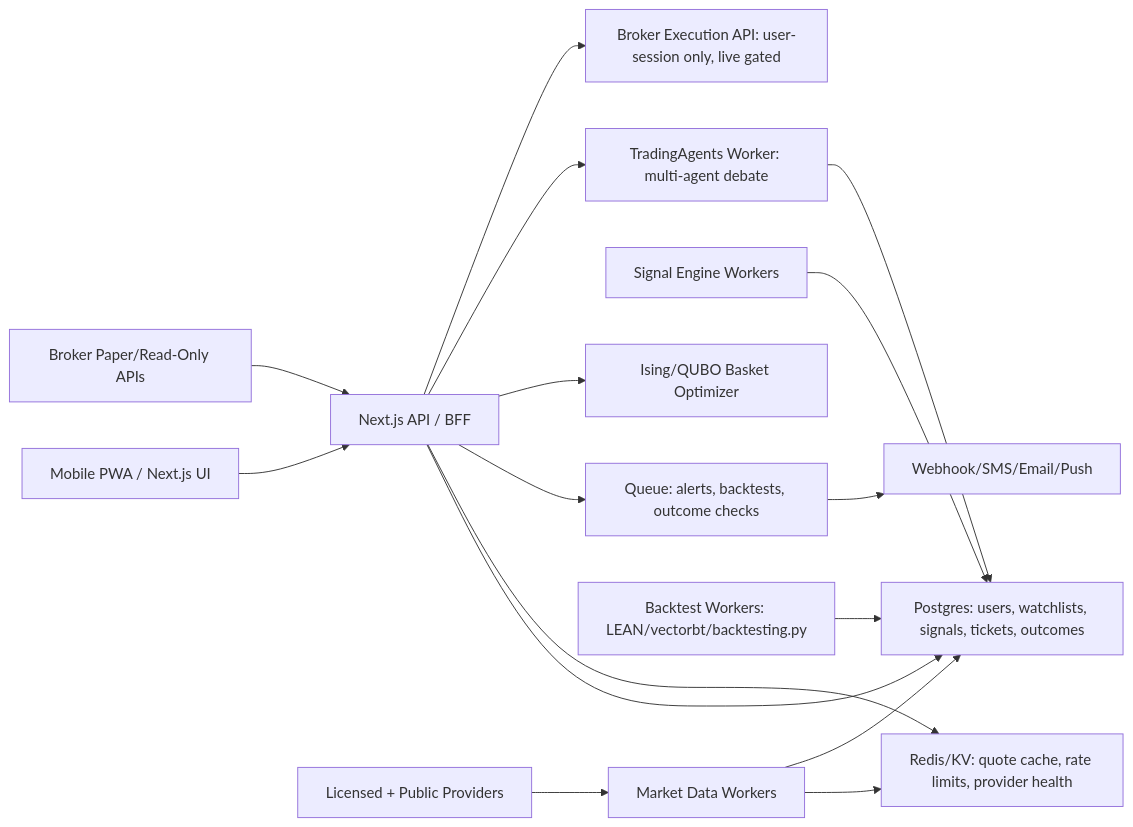
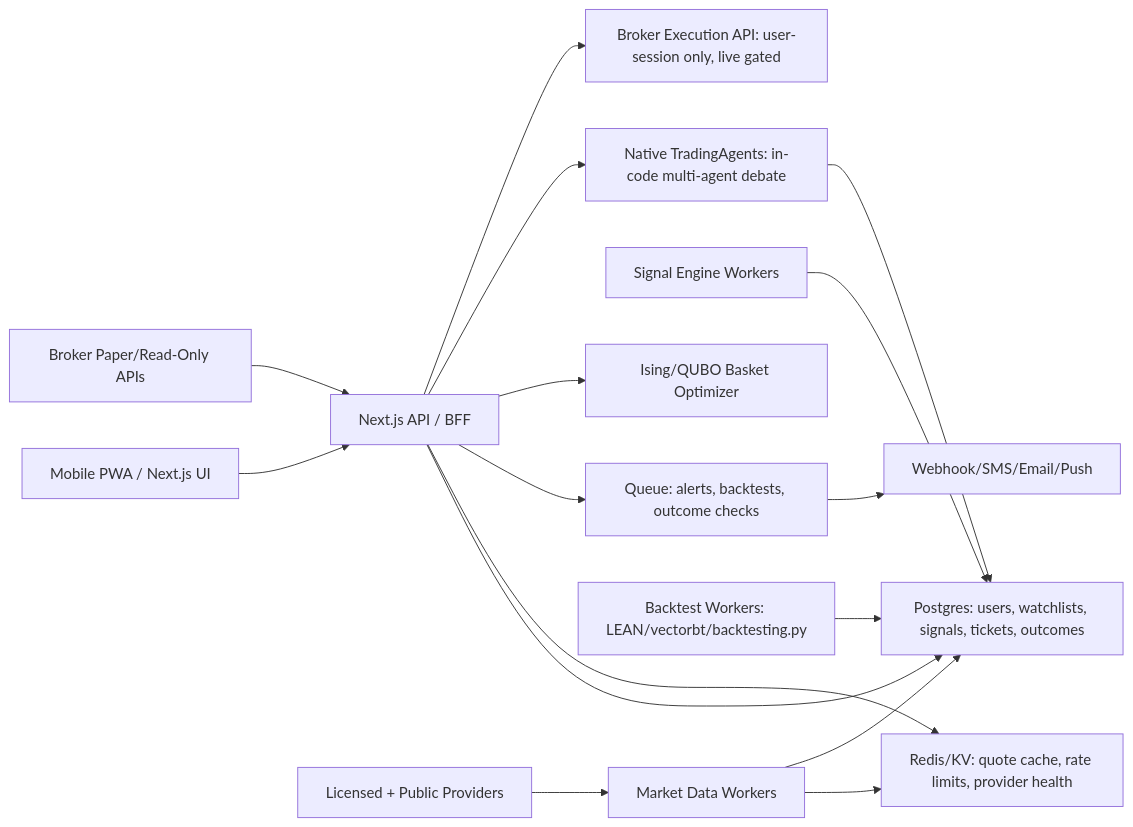
Before and after one commit to pinohu/trading-intel: the diagram in docs/ARCHITECTURE.md, drawn with Mermaid. The commit also changed other lines of this file and 14 other files, not shown here.

Commit message:
Run TradingAgents natively in codebase

````diff
--- a/docs/ARCHITECTURE.md
+++ b/docs/ARCHITECTURE.md
@@ -35,18 +35,18 @@
 ```mermaid
 flowchart LR
   UI["Mobile PWA / Next.js UI"] --> BFF["Next.js API / BFF"]
   BFF --> DB["Postgres: users, watchlists, signals, tickets, outcomes"]
   BFF --> Cache["Redis/KV: quote cache, rate limits, provider health"]
   BFF --> Queue["Queue: alerts, backtests, outcome checks"]
   DataWorker["Market Data Workers"] --> Cache
   DataWorker --> DB
   Providers["Licensed + Public Providers"] --> DataWorker
   SignalWorker["Signal Engine Workers"] --> DB
   BFF --> Ising["Ising/QUBO Basket Optimizer"]
-  BFF --> TradingAgents["TradingAgents Worker: multi-agent debate"]
+  BFF --> TradingAgents["Native TradingAgents: in-code multi-agent debate"]
   TradingAgents --> DB
   BacktestWorker["Backtest Workers: LEAN/vectorbt/backtesting.py"] --> DB
   Broker["Broker Paper/Read-Only APIs"] --> BFF
   BFF --> BrokerExec["Broker Execution API: user-session only, live gated"]
   Queue --> Alerts["Webhook/SMS/Email/Push"]
 ```
````
